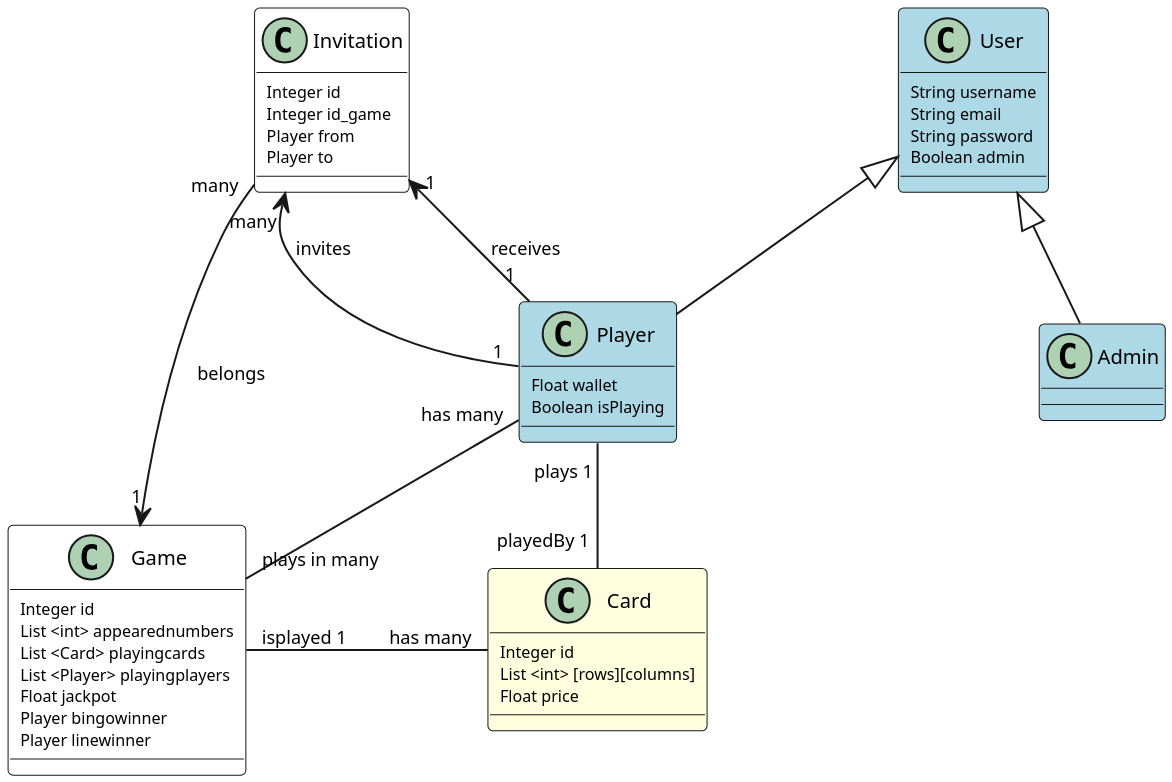
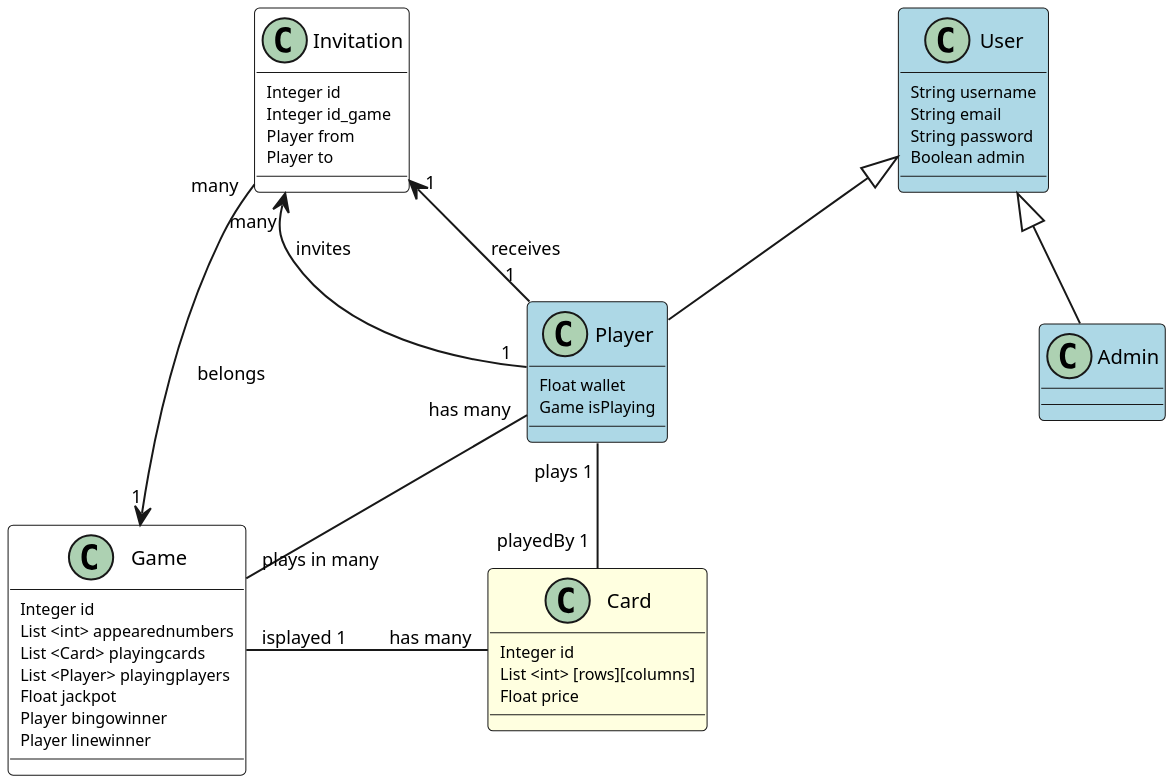
One commit to UdL-EPS-SoftArch/webingo-geiade-api changed the diagram in uml.puml. Above: the diagram before and after it, drawn with PlantUML. The commit also changed 1 other file, not shown here.

Commit message:
join-Game feature done

```diff
--- a/uml.puml
+++ b/uml.puml
@@ -1,62 +1,62 @@
 @startuml
 scale 800*800
 skinparam dpi 200
 skinparam classAttributeFontSize 8
 skinparam classArrowFontSize 9
 skinparam classFontSize 10
 skinparam nodesep 120
 skinparam ranksep 40
 hide stereotype
 skinparam class {
 	BackgroundColor White
 	BackgroundColor<<User>> LightBlue
 	BackgroundColor<<Card>> LightYellow
 }
 
 class Card <<Card>> {
     Integer id
     List <int> [rows][columns]
     Float price
 }
 
 class Invitation <<Invitation>> {
     Integer id
     Integer id_game
     Player from
     Player to
 }
 
 class Game <<Game>> {
     Integer id
     List <int> appearednumbers
     List <Card> playingcards
     List <Player> playingplayers
     Float jackpot
     Player bingowinner
     Player linewinner
 }
 Card "has many" -left- "isplayed 1" Game
 
 class User <<User>> {
     String username
     String email
     String password
     Boolean admin
 
 }
 
 class Player <<User>> extends User {
     Float wallet
-    Boolean isPlaying
+    Game isPlaying
 }
 Card "playedBy 1" -- "plays 1" Player
 Game "plays in many" -up- "has many" Player
 Invitation "many" <-- "1" Player : invites
 Invitation "1" <-- "1" Player : receives
 Invitation "many" --> "1" Game : belongs
 
 
 class Admin <<User>> extends User {
 
 }
 @enduml
```
